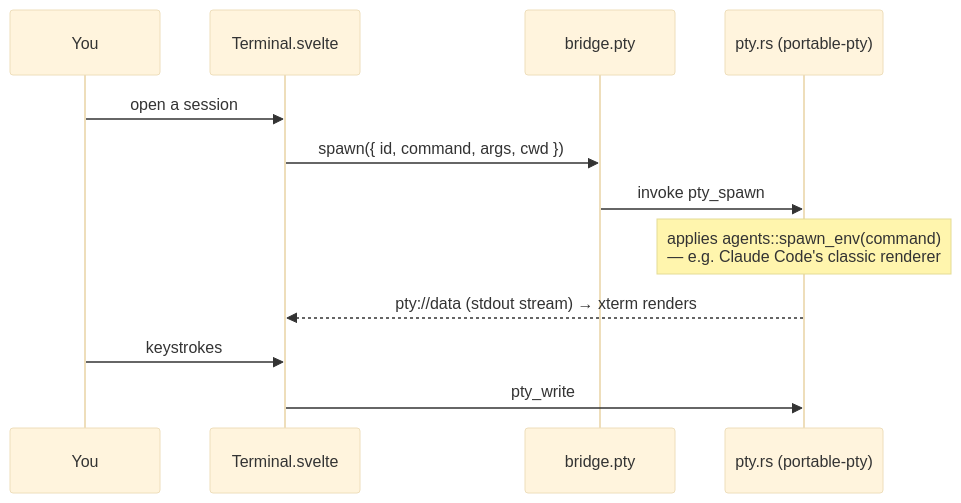
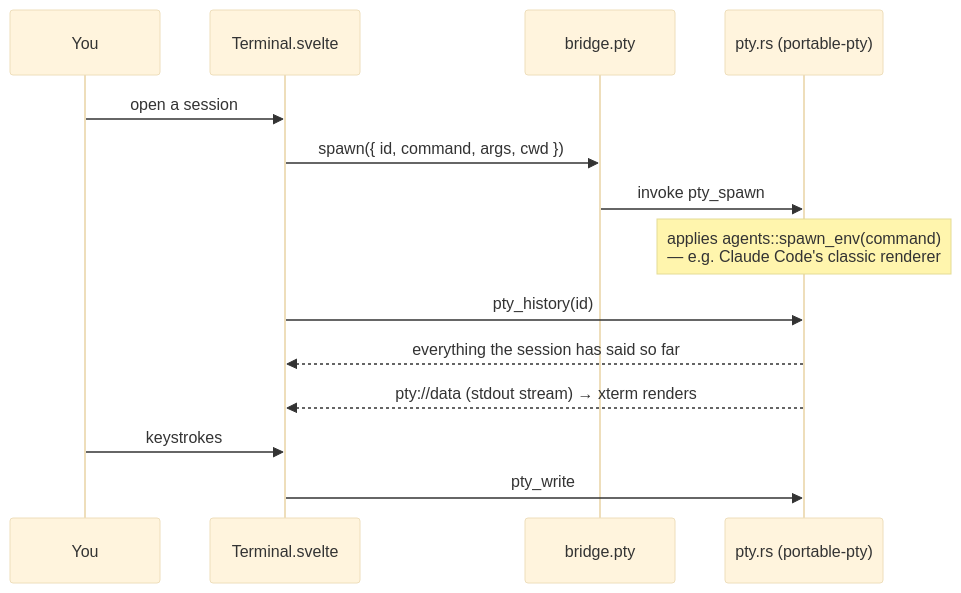
The third of 4 diagrams in ARCHITECTURE.md (avi12/pade), drawn with Mermaid (base theme) before and after one commit. The commit also changed other lines of this file, not shown here.

First line of the commit message:
docs: record the session-history replay in the architecture

````diff
--- a/ARCHITECTURE.md
+++ b/ARCHITECTURE.md
@@ -69,14 +69,16 @@
 ```mermaid
 sequenceDiagram
   participant You
   participant T as Terminal.svelte
   participant B as bridge.pty
   participant R as pty.rs (portable-pty)
   You->>T: open a session
   T->>B: spawn({ id, command, args, cwd })
   B->>R: invoke pty_spawn
   Note over R: applies agents::spawn_env(command)<br/>— e.g. Claude Code's classic renderer
+  T->>R: pty_history(id)
+  R-->>T: everything the session has said so far
   R-->>T: pty://data (stdout stream) → xterm renders
   You->>T: keystrokes
   T->>R: pty_write
 ```
````
